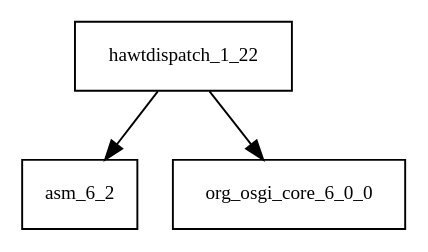
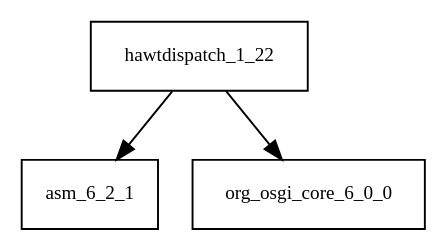
Before and after one commit to sjvs/cia: the diagram in tattleTaleReport/graphviz/hawtdispatch-1.22.jar/hawtdispatch-1.22.jar.dot, drawn with Graphviz. The commit also changed 2896 other files, not shown here.

```diff
--- a/tattleTaleReport/graphviz/hawtdispatch-1.22.jar/hawtdispatch-1.22.jar.dot
+++ b/tattleTaleReport/graphviz/hawtdispatch-1.22.jar/hawtdispatch-1.22.jar.dot
@@ -1,5 +1,5 @@
 digraph hawtdispatch_1_22_dependencies {
   node [shape = box, fontsize=10.0];
-  hawtdispatch_1_22 -> asm_6_2;
+  hawtdispatch_1_22 -> asm_6_2_1;
   hawtdispatch_1_22 -> org_osgi_core_6_0_0;
 }
```
